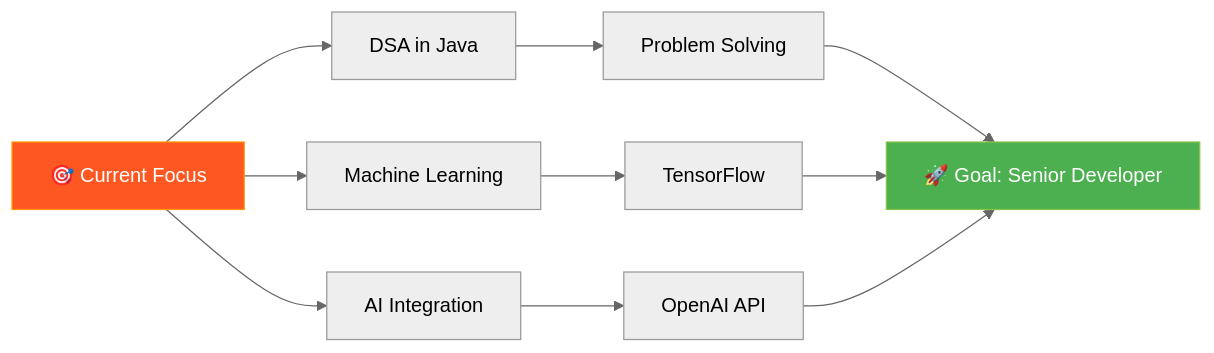
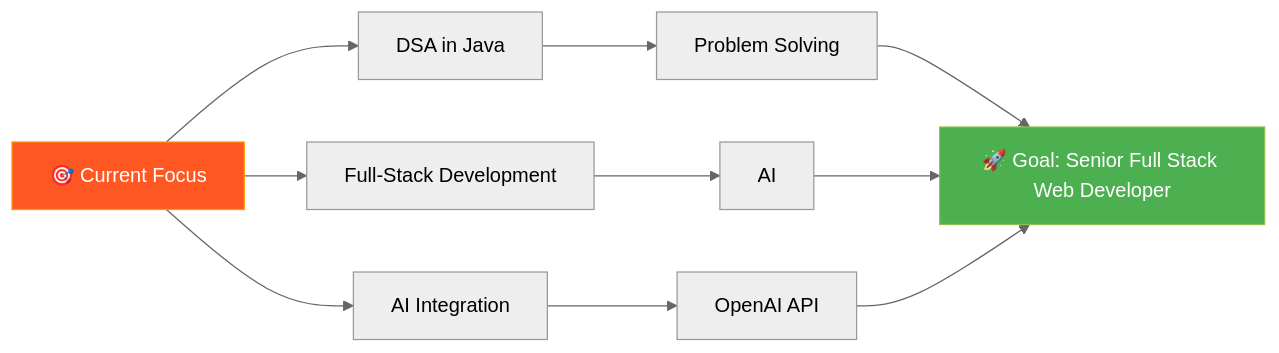
One commit to yaxxhsri7444/yaxxhsri7444 changed the diagram in README.md. Above: the diagram before and after it, drawn with Mermaid (neutral theme).

````diff
--- a/README.md
+++ b/README.md
@@ -255,17 +255,17 @@
 ```mermaid
 graph LR
     A[🎯 Current Focus] --> B[DSA in Java]
-    A --> C[Machine Learning]
+    A --> C[Full-Stack Development]
     A --> D[AI Integration]
     
     B --> E[Problem Solving]
-    C --> F[TensorFlow]
+    C --> F[AI]
     D --> G[OpenAI API]
     
-    E --> H[🚀 Goal: Senior Developer]
+    E --> H[🚀 Goal: Senior Full Stack Web Developer]
     F --> H
     G --> H
     
     style A fill:#FF5722,stroke:#FF9800,color:#fff
     style H fill:#4CAF50,stroke:#8BC34A,color:#fff
 ```
````
